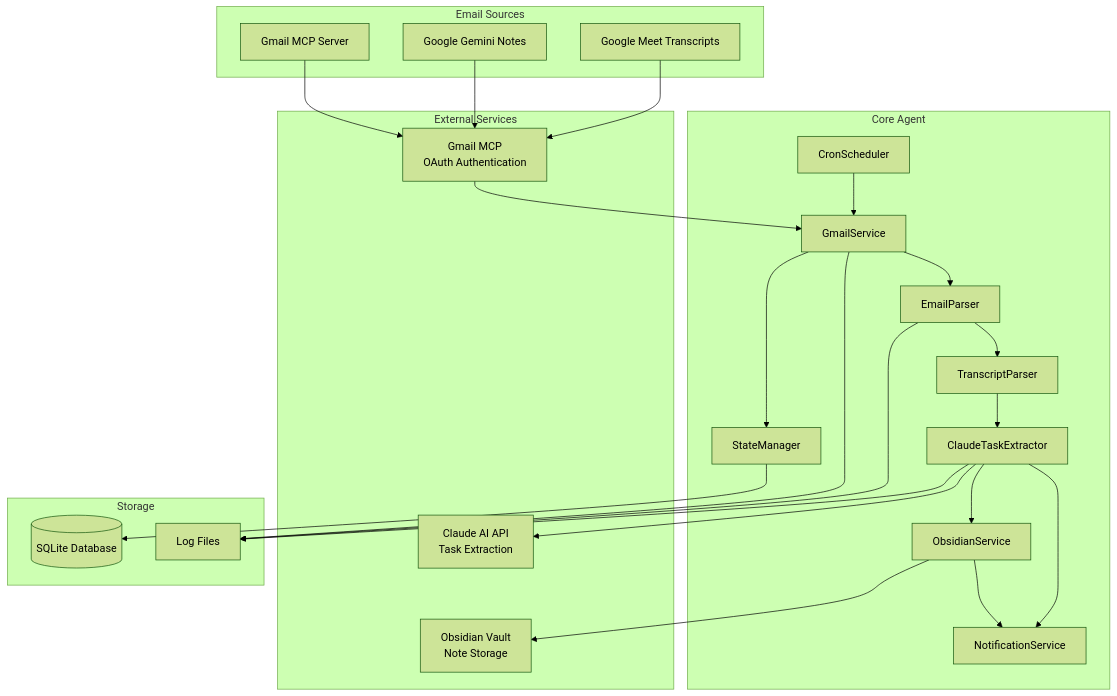
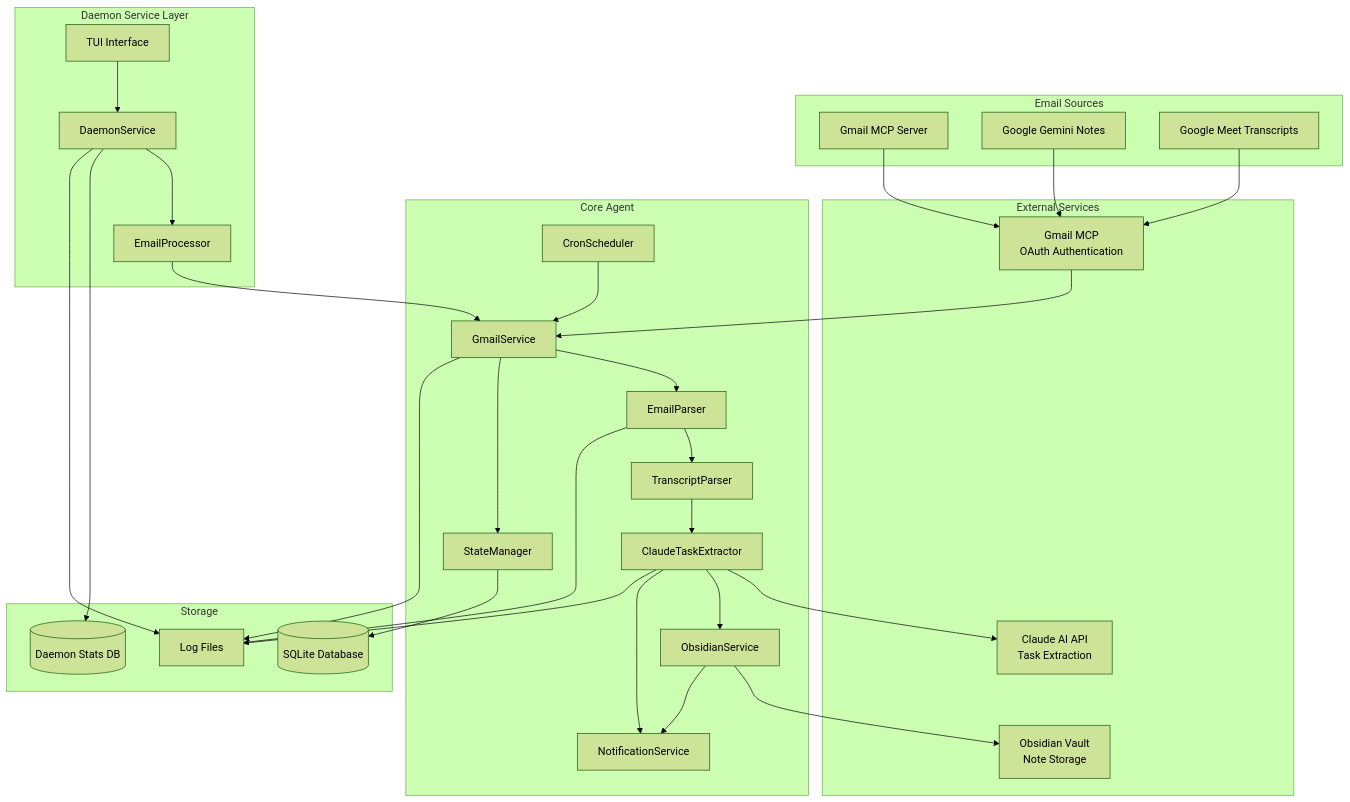
One commit to jimallen/TasksAgent changed the first of 7 diagrams in docs/system-architecture.md. Above: the diagram before and after it, drawn with Mermaid (forest theme). The commit also changed other lines of this file and 23 other files, not shown here.

````diff
--- a/docs/system-architecture.md
+++ b/docs/system-architecture.md
@@ -9,53 +9,66 @@
 ```mermaid
 graph TB
     subgraph "Email Sources"
         GM[Gmail MCP Server]
         GN[Google Gemini Notes]
         GT[Google Meet Transcripts]
+    end
+    
+    subgraph "Daemon Service Layer"
+        DS[DaemonService]
+        TUI[TUI Interface]
+        PROC[EmailProcessor]
     end
     
     subgraph "Core Agent"
         GS[GmailService]
         EP[EmailParser]
         TP[TranscriptParser]
         CE[ClaudeTaskExtractor]
         OS[ObsidianService]
         NS[NotificationService]
         CS[CronScheduler]
         SM[StateManager]
     end
     
     subgraph "External Services"
         GMCP[Gmail MCP<br/>OAuth Authentication]
         CLAUDE[Claude AI API<br/>Task Extraction]
         OBS[Obsidian Vault<br/>Note Storage]
     end
     
     subgraph "Storage"
         DB[(SQLite Database)]
+        STATS[(Daemon Stats DB)]
         LOGS[Log Files]
     end
     
     GM --> GMCP
     GN --> GMCP
     GT --> GMCP
+    
+    TUI --> DS
+    DS --> PROC
+    DS --> STATS
+    PROC --> GS
     
     GMCP --> GS
     GS --> EP
     EP --> TP
     TP --> CE
     CE --> CLAUDE
     CE --> OS
     OS --> OBS
     
     GS --> SM
     SM --> DB
     
     CS --> GS
     OS --> NS
     CE --> NS
     
     GS --> LOGS
     EP --> LOGS
     CE --> LOGS
+    DS --> LOGS
 ```
````
